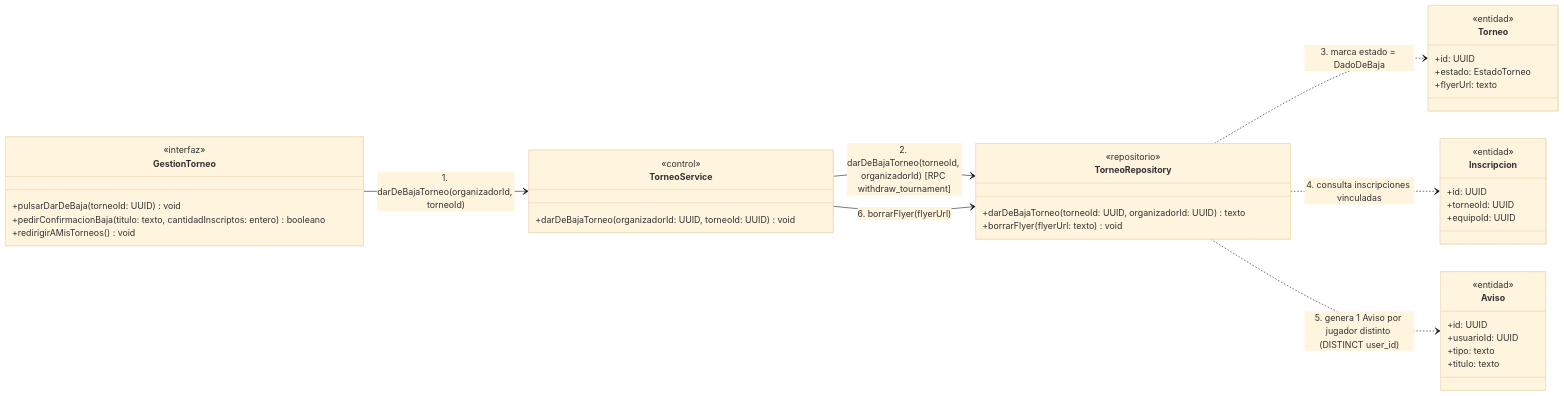
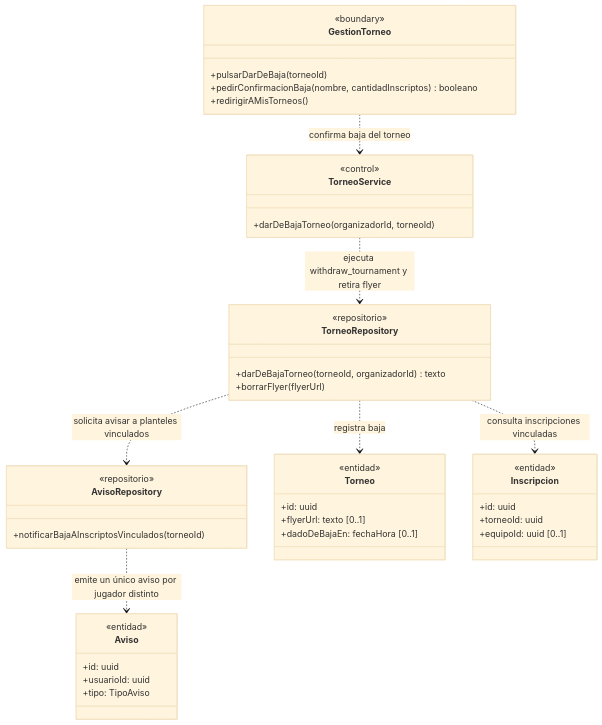
One commit to nicqletal/torneos-scraper changed the sixth of 8 diagrams in docs/diagramas-de-clase/organizador.md. Above: the diagram before and after it, drawn with Mermaid (base theme). The commit also changed other lines of this file and 12 other files, not shown here.

Commit message:
Correcion Diagramas de Clase

````diff
--- a/docs/diagramas-de-clase/organizador.md
+++ b/docs/diagramas-de-clase/organizador.md
@@ -395,51 +357,47 @@
 ```mermaid
 classDiagram
-    direction LR
-
-    class GestionTorneo {
-        <<interfaz>>
-        +pulsarDarDeBaja(torneoId: UUID) void
-        +pedirConfirmacionBaja(titulo: texto, cantidadInscriptos: entero) booleano
-        +redirigirAMisTorneos() void
-    }
-
-    class TorneoService {
-        <<control>>
-        +darDeBajaTorneo(organizadorId: UUID, torneoId: UUID) void
-    }
-
-    class TorneoRepository {
-        <<repositorio>>
-        +darDeBajaTorneo(torneoId: UUID, organizadorId: UUID) texto
-        +borrarFlyer(flyerUrl: texto) void
-    }
-
-    class Torneo {
-        <<entidad>>
-        +id: UUID
-        +estado: EstadoTorneo
-        +flyerUrl: texto
-    }
-
-    class Inscripcion {
-        <<entidad>>
-        +id: UUID
-        +torneoId: UUID
-        +equipoId: UUID
-    }
-
-    class Aviso {
-        <<entidad>>
-        +id: UUID
-        +usuarioId: UUID
-        +tipo: texto
-        +titulo: texto
-    }
-
-    GestionTorneo --> TorneoService : 1. darDeBajaTorneo(organizadorId, torneoId)
-    TorneoService --> TorneoRepository : 2. darDeBajaTorneo(torneoId, organizadorId) [RPC withdraw_tournament]
-    TorneoRepository ..> Torneo : 3. marca estado = DadoDeBaja
-    TorneoRepository ..> Inscripcion : 4. consulta inscripciones vinculadas
-    TorneoRepository ..> Aviso : 5. genera 1 Aviso por jugador distinto (DISTINCT user_id)
-    TorneoService --> TorneoRepository : 6. borrarFlyer(flyerUrl)
+direction TB
+class GestionTorneo {
+  <<boundary>>
+  +pulsarDarDeBaja(torneoId)
+  +pedirConfirmacionBaja(nombre, cantidadInscriptos) booleano
+  +redirigirAMisTorneos()
+}
+class TorneoService {
+  <<control>>
+  +darDeBajaTorneo(organizadorId, torneoId)
+}
+class TorneoRepository {
+  <<repositorio>>
+  +darDeBajaTorneo(torneoId, organizadorId) texto
+  +borrarFlyer(flyerUrl)
+}
+class AvisoRepository {
+  <<repositorio>>
+  +notificarBajaAInscriptosVinculados(torneoId)
+}
+class Torneo {
+  <<entidad>>
+  +id: uuid
+  +flyerUrl: texto [0..1]
+  +dadoDeBajaEn: fechaHora [0..1]
+}
+class Inscripcion {
+  <<entidad>>
+  +id: uuid
+  +torneoId: uuid
+  +equipoId: uuid [0..1]
+}
+class Aviso {
+  <<entidad>>
+  +id: uuid
+  +usuarioId: uuid
+  +tipo: TipoAviso
+}
+GestionTorneo ..> TorneoService : confirma baja del torneo
+TorneoService ..> TorneoRepository : ejecuta withdraw_tournament y retira flyer
+TorneoRepository ..> AvisoRepository : solicita avisar a planteles vinculados
+TorneoRepository ..> Torneo : registra baja
+TorneoRepository ..> Inscripcion : consulta inscripciones vinculadas
+AvisoRepository ..> Aviso : emite un único aviso por jugador distinto
 ```
````
